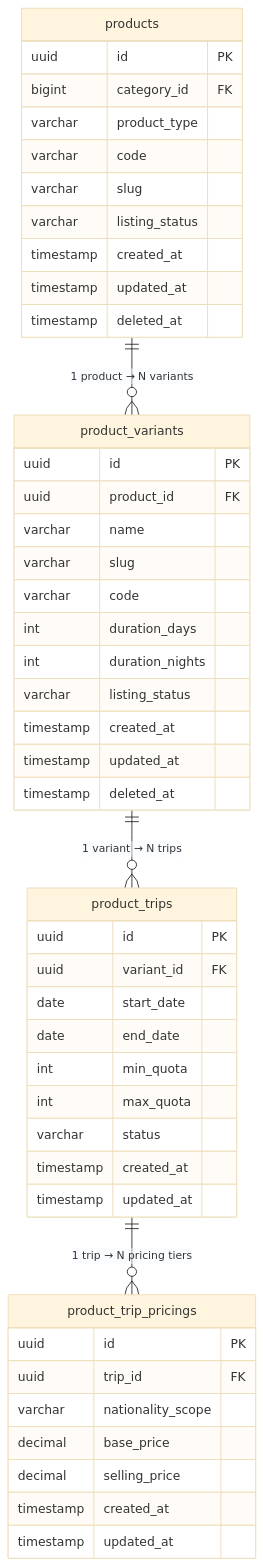
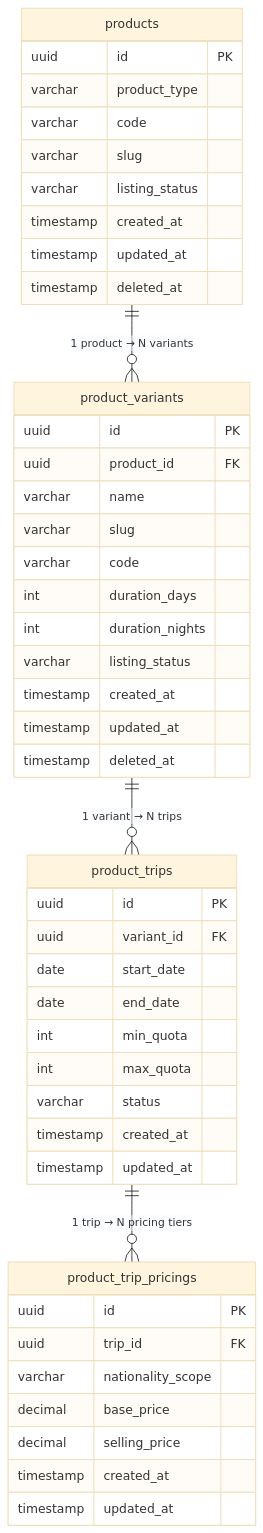
Before and after one commit to Haris-saifudin/hobiholidays-documentations: the first of 3 diagrams in product-hierarchy-technical-design.md, drawn with Mermaid (base theme). The commit also changed other lines of this file and 1 other file, not shown here.

````diff
--- a/product-hierarchy-technical-design.md
+++ b/product-hierarchy-technical-design.md
@@ -130,54 +129,53 @@
 ```mermaid
 erDiagram
     products {
         uuid      id              PK
-        bigint    category_id     FK
         varchar   product_type
         varchar   code
         varchar   slug
         varchar   listing_status
         timestamp created_at
         timestamp updated_at
         timestamp deleted_at
     }
 
     product_variants {
         uuid      id              PK
         uuid      product_id      FK
         varchar   name
         varchar   slug
         varchar   code
         int       duration_days
         int       duration_nights
         varchar   listing_status
         timestamp created_at
         timestamp updated_at
         timestamp deleted_at
     }
 
     product_trips {
         uuid      id              PK
         uuid      variant_id      FK
         date      start_date
         date      end_date
         int       min_quota
         int       max_quota
         varchar   status
         timestamp created_at
         timestamp updated_at
     }
 
     product_trip_pricings {
         uuid       id                   PK
         uuid       trip_id              FK
         varchar    nationality_scope
         decimal    base_price
         decimal    selling_price
         timestamp  created_at
         timestamp  updated_at
     }
 
     products         ||--o{ product_variants     : "1 product → N variants"
     product_variants ||--o{ product_trips        : "1 variant → N trips"
     product_trips    ||--o{ product_trip_pricings: "1 trip → N pricing tiers"
 ```
````
